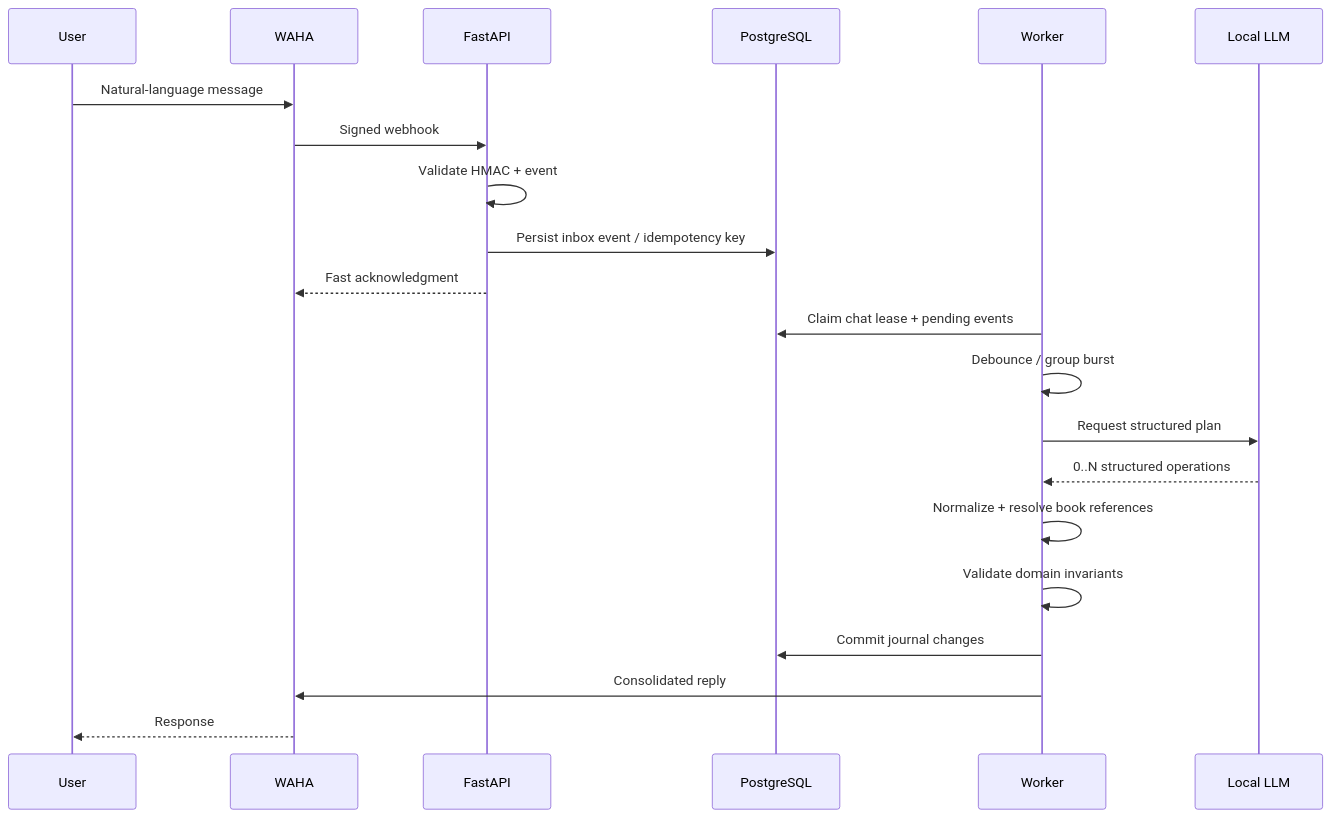
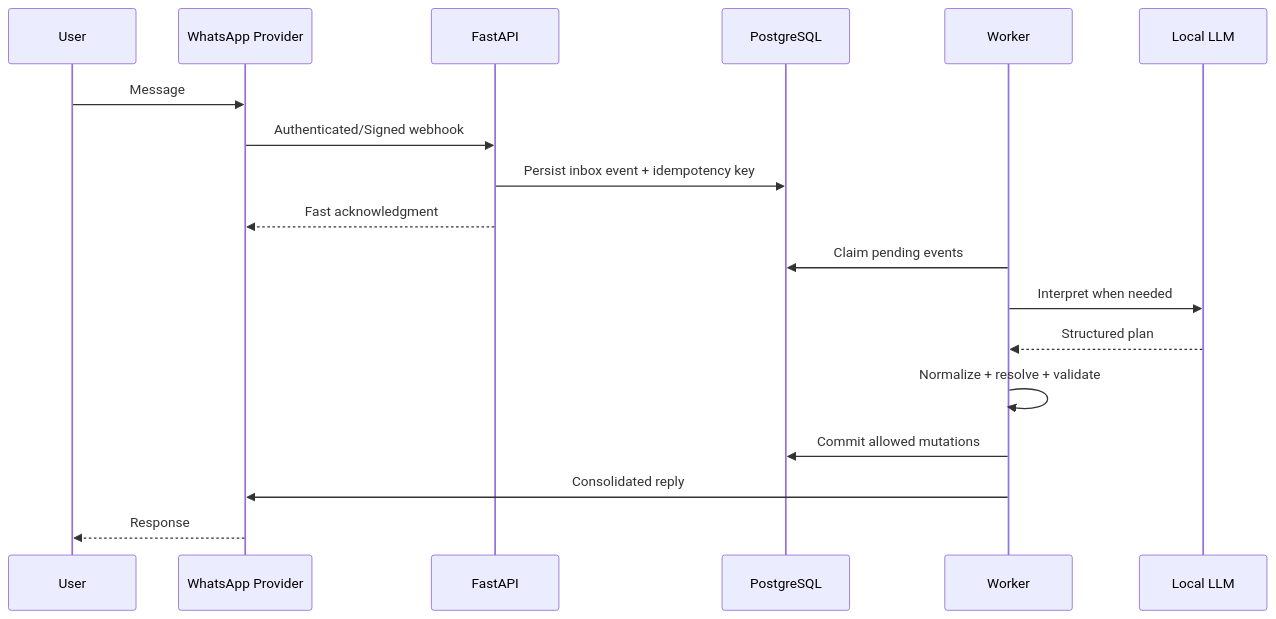
One commit to lucaserre/nautilusbook_showcase changed the second of 3 diagrams in docs/architecture.md. Above: the diagram before and after it, drawn with Mermaid. The commit also changed other lines of this file, not shown here.

Commit message:
docs: refresh docs/architecture.md for Pelagium

````diff
--- a/docs/architecture.md
+++ b/docs/architecture.md
@@ -47,25 +62,21 @@
 ```mermaid
 sequenceDiagram
     participant U as User
-    participant W as WAHA
+    participant P as WhatsApp Provider
     participant A as FastAPI
     participant D as PostgreSQL
     participant K as Worker
     participant L as Local LLM
 
-    U->>W: Natural-language message
-    W->>A: Signed webhook
-    A->>A: Validate HMAC + event
-    A->>D: Persist inbox event / idempotency key
-    A-->>W: Fast acknowledgment
-
-    K->>D: Claim chat lease + pending events
-    K->>K: Debounce / group burst
-    K->>L: Request structured plan
-    L-->>K: 0..N structured operations
-    K->>K: Normalize + resolve book references
-    K->>K: Validate domain invariants
-    K->>D: Commit journal changes
-    K->>W: Consolidated reply
-    W-->>U: Response
+    U->>P: Message
+    P->>A: Authenticated/Signed webhook
+    A->>D: Persist inbox event + idempotency key
+    A-->>P: Fast acknowledgment
+    K->>D: Claim pending events
+    K->>L: Interpret when needed
+    L-->>K: Structured plan
+    K->>K: Normalize + resolve + validate
+    K->>D: Commit allowed mutations
+    K->>P: Consolidated reply
+    P-->>U: Response
 ```
````
